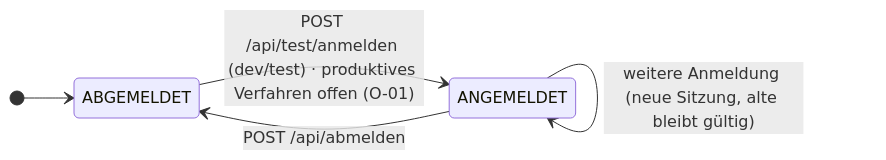
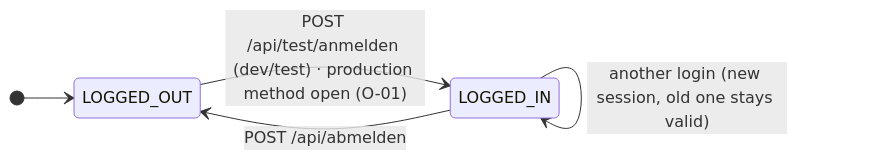
The ninth of 13 diagrams in docs/states.md (cyrilleulmi/StvBeroPlatform), drawn with Mermaid before and after one commit. The commit also changed other lines of this file and 19 other files, not shown here.

````diff
--- a/docs/states.md
+++ b/docs/states.md
@@ -250,8 +252,8 @@
 ```mermaid
 stateDiagram-v2
     direction LR
-    [*] --> ABGEMELDET
-    ABGEMELDET --> ANGEMELDET: POST /api/test/anmelden (dev/test) · produktives Verfahren offen (O-01)
-    ANGEMELDET --> ABGEMELDET: POST /api/abmelden
-    ANGEMELDET --> ANGEMELDET: weitere Anmeldung (neue Sitzung, alte bleibt gültig)
+    [*] --> LOGGED_OUT
+    LOGGED_OUT --> LOGGED_IN: POST /api/test/anmelden (dev/test) · production method open (O-01)
+    LOGGED_IN --> LOGGED_OUT: POST /api/abmelden
+    LOGGED_IN --> LOGGED_IN: another login (new session, old one stays valid)
 ```
````
